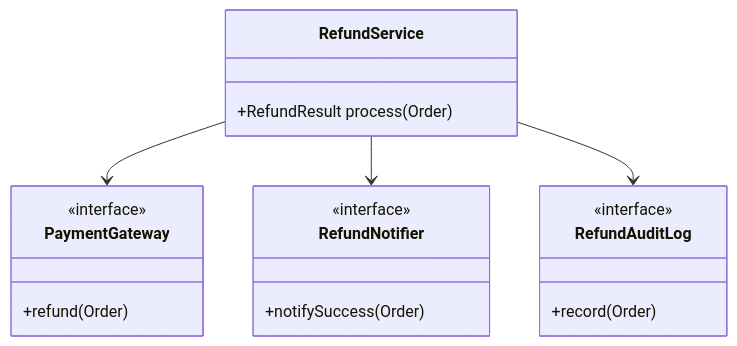
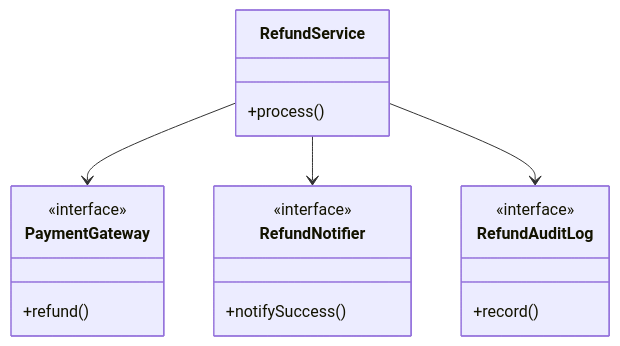
The diagram in _posts/2025-12-02-solid-principles-before-design-patterns-java.md (sandeepbhardwaj/sandeepbhardwaj.github.io), drawn with Mermaid before and after one commit. The commit also changed 85 other files, not shown here.

Commit message:
mermaid flow chart fixes

````diff
--- a/_posts/2025-12-02-solid-principles-before-design-patterns-java.md
+++ b/_posts/2025-12-02-solid-principles-before-design-patterns-java.md
@@ -80,21 +80,21 @@
 ```mermaid
 classDiagram
     class RefundService {
-      +RefundResult process(Order)
+      +process()
     }
     class PaymentGateway {
       <<interface>>
-      +refund(Order)
+      +refund()
     }
     class RefundNotifier {
       <<interface>>
-      +notifySuccess(Order)
+      +notifySuccess()
     }
     class RefundAuditLog {
       <<interface>>
-      +record(Order)
+      +record()
     }
     RefundService --> PaymentGateway
     RefundService --> RefundNotifier
     RefundService --> RefundAuditLog
 ```
````
